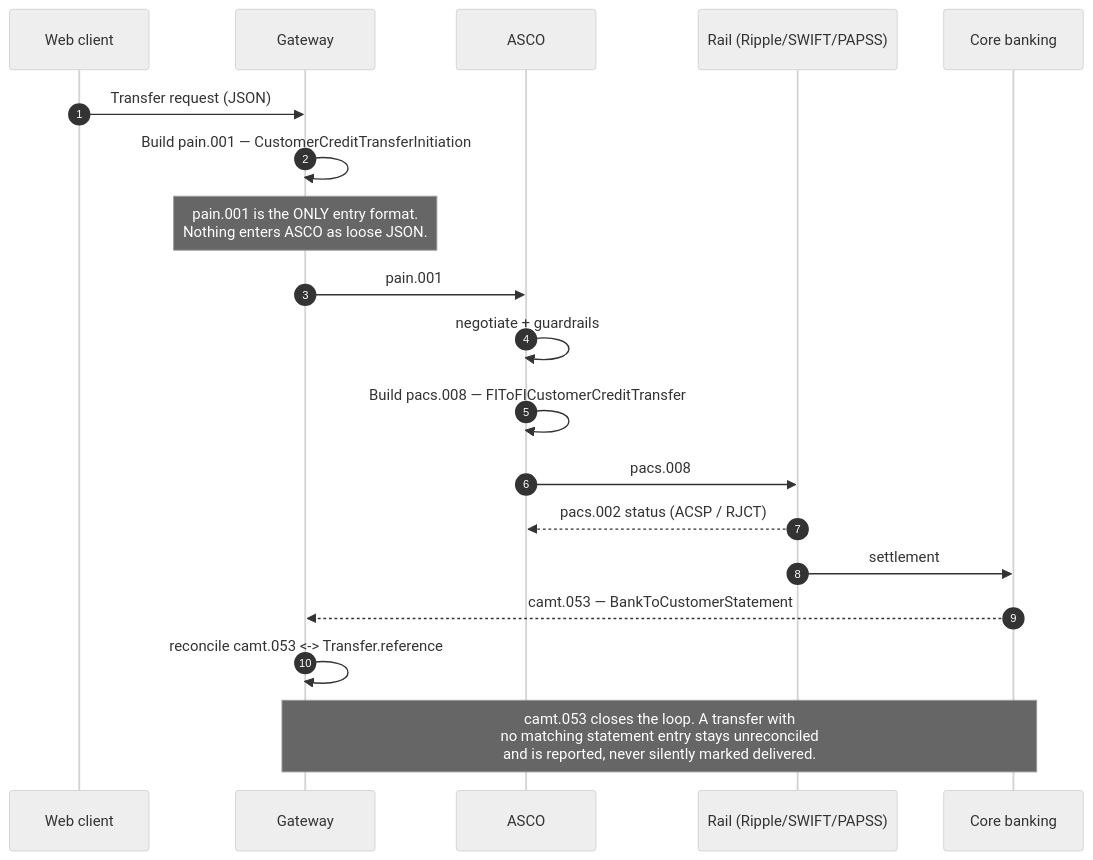
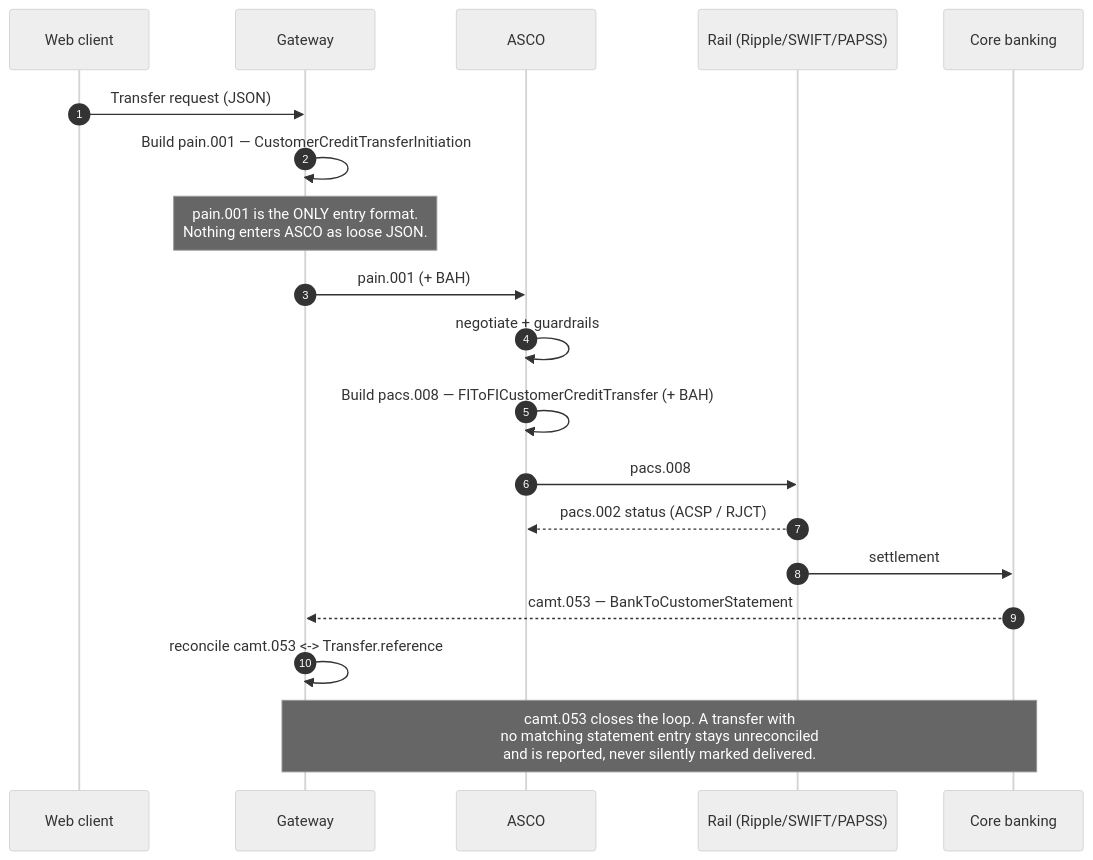
One commit to Katlego-tech/UbuntuRemit changed the second of 3 diagrams in docs/design/iso20022-messaging.md. Above: the diagram before and after it, drawn with Mermaid (neutral theme). The commit also changed other lines of this file and 6 other files, not shown here.

First line of the commit message:
docs(iso20022): restructure the message layer around schema governance

````diff
--- a/docs/design/iso20022-messaging.md
+++ b/docs/design/iso20022-messaging.md
@@ -34,22 +166,22 @@
 ```mermaid
 sequenceDiagram
     autonumber
     participant U as Web client
     participant G as Gateway
     participant A as ASCO
     participant R as Rail (Ripple/SWIFT/PAPSS)
     participant B as Core banking
 
     U->>G: Transfer request (JSON)
     G->>G: Build pain.001 — CustomerCreditTransferInitiation
     Note over G: pain.001 is the ONLY entry format.<br/>Nothing enters ASCO as loose JSON.
-    G->>A: pain.001
+    G->>A: pain.001 (+ BAH)
     A->>A: negotiate + guardrails
-    A->>A: Build pacs.008 — FIToFICustomerCreditTransfer
+    A->>A: Build pacs.008 — FIToFICustomerCreditTransfer (+ BAH)
     A->>R: pacs.008
     R-->>A: pacs.002 status (ACSP / RJCT)
     R->>B: settlement
     B-->>G: camt.053 — BankToCustomerStatement
     G->>G: reconcile camt.053 <-> Transfer.reference
     Note over G,B: camt.053 closes the loop. A transfer with<br/>no matching statement entry stays unreconciled<br/>and is reported, never silently marked delivered.
 ```
````
